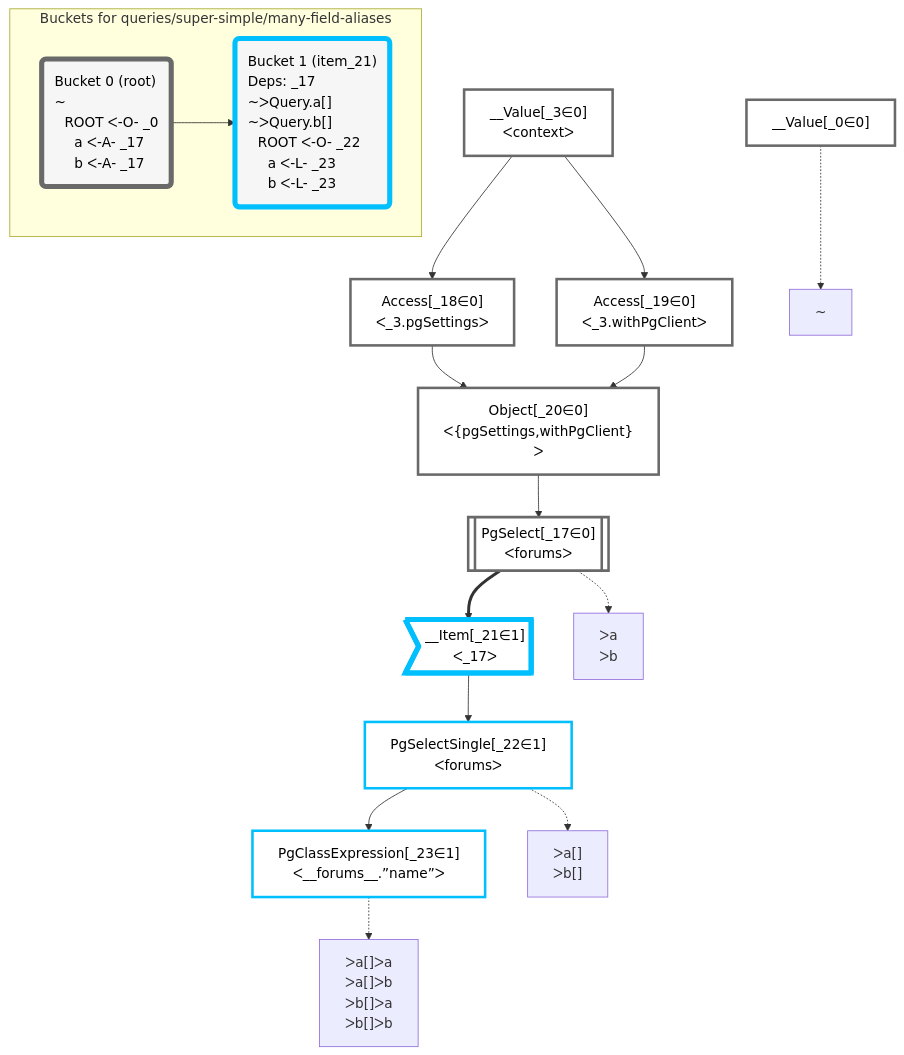
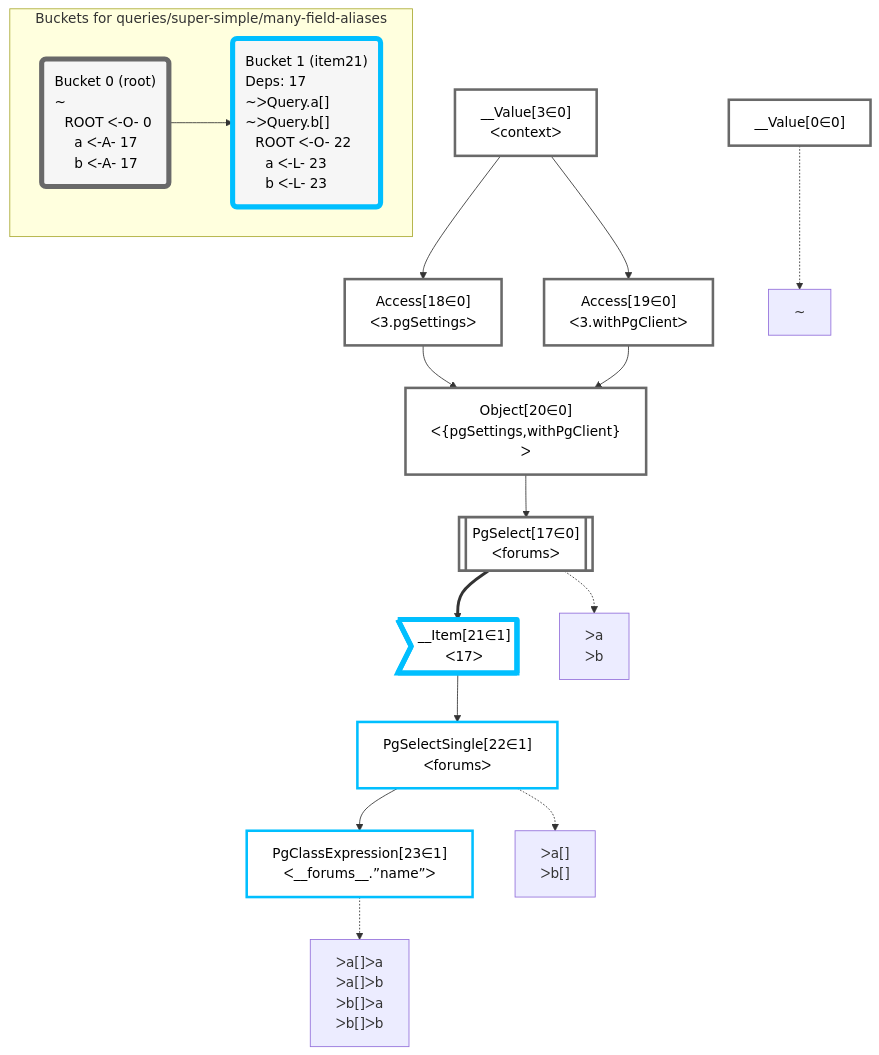
One commit to graphile/crystal changed the diagram in packages/dataplan-pg/__tests__/queries/super-simple/many-field-aliases.mermaid.md. Above: the diagram before and after it, drawn with Mermaid. The commit also changed 195 other files, not shown here.

````diff
--- a/packages/dataplan-pg/__tests__/queries/super-simple/many-field-aliases.mermaid.md
+++ b/packages/dataplan-pg/__tests__/queries/super-simple/many-field-aliases.mermaid.md
@@ -1,49 +1,49 @@
 ```mermaid
 graph TD
     classDef path fill:#eee,stroke:#000,color:#000
     classDef plan fill:#fff,stroke-width:3px,color:#000
     classDef itemplan fill:#fff,stroke-width:6px,color:#000
     classDef sideeffectplan fill:#f00,stroke-width:6px,color:#000
     classDef bucket fill:#f6f6f6,color:#000,stroke-width:6px,text-align:left
 
 
     %% define plans
-    __Value_0["__Value[_0∈0]"]:::plan
-    PgClassExpression_23["PgClassExpression[_23∈1]<br />ᐸ__forums__.”name”ᐳ"]:::plan
-    PgSelectSingle_22["PgSelectSingle[_22∈1]<br />ᐸforumsᐳ"]:::plan
-    __Item_21>"__Item[_21∈1]<br />ᐸ_17ᐳ"]:::itemplan
-    PgSelect_17[["PgSelect[_17∈0]<br />ᐸforumsᐳ"]]:::plan
-    Object_20["Object[_20∈0]<br />ᐸ{pgSettings,withPgClient}ᐳ"]:::plan
-    Access_18["Access[_18∈0]<br />ᐸ_3.pgSettingsᐳ"]:::plan
-    Access_19["Access[_19∈0]<br />ᐸ_3.withPgClientᐳ"]:::plan
-    __Value_3["__Value[_3∈0]<br />ᐸcontextᐳ"]:::plan
+    __Value0["__Value[0∈0]"]:::plan
+    PgClassExpression23["PgClassExpression[23∈1]<br />ᐸ__forums__.”name”ᐳ"]:::plan
+    PgSelectSingle22["PgSelectSingle[22∈1]<br />ᐸforumsᐳ"]:::plan
+    __Item21>"__Item[21∈1]<br />ᐸ17ᐳ"]:::itemplan
+    PgSelect17[["PgSelect[17∈0]<br />ᐸforumsᐳ"]]:::plan
+    Object20["Object[20∈0]<br />ᐸ{pgSettings,withPgClient}ᐳ"]:::plan
+    Access18["Access[18∈0]<br />ᐸ3.pgSettingsᐳ"]:::plan
+    Access19["Access[19∈0]<br />ᐸ3.withPgClientᐳ"]:::plan
+    __Value3["__Value[3∈0]<br />ᐸcontextᐳ"]:::plan
 
     %% plan dependencies
-    PgSelectSingle_22 --> PgClassExpression_23
-    __Item_21 --> PgSelectSingle_22
-    PgSelect_17 ==> __Item_21
-    Object_20 --> PgSelect_17
-    Access_18 & Access_19 --> Object_20
-    __Value_3 --> Access_18
-    __Value_3 --> Access_19
+    PgSelectSingle22 --> PgClassExpression23
+    __Item21 --> PgSelectSingle22
+    PgSelect17 ==> __Item21
+    Object20 --> PgSelect17
+    Access18 & Access19 --> Object20
+    __Value3 --> Access18
+    __Value3 --> Access19
 
     %% plan-to-path relationships
-    P_0["~"]
-    __Value_0 -.-> P_0
-    P_17["ᐳa<br />ᐳb"]
-    PgSelect_17 -.-> P_17
-    P_22["ᐳa[]<br />ᐳb[]"]
-    PgSelectSingle_22 -.-> P_22
-    P_23["ᐳa[]ᐳa<br />ᐳa[]ᐳb<br />ᐳb[]ᐳa<br />ᐳb[]ᐳb"]
-    PgClassExpression_23 -.-> P_23
+    P0["~"]
+    __Value0 -.-> P0
+    P17["ᐳa<br />ᐳb"]
+    PgSelect17 -.-> P17
+    P22["ᐳa[]<br />ᐳb[]"]
+    PgSelectSingle22 -.-> P22
+    P23["ᐳa[]ᐳa<br />ᐳa[]ᐳb<br />ᐳb[]ᐳa<br />ᐳb[]ᐳb"]
+    PgClassExpression23 -.-> P23
 
     subgraph "Buckets for queries/super-simple/many-field-aliases"
-    Bucket0("Bucket 0 (root)<br />~<br />⠀ROOT ᐸ-O- _0<br />⠀⠀a ᐸ-A- _17<br />⠀⠀b ᐸ-A- _17"):::bucket
+    Bucket0("Bucket 0 (root)<br />~<br />⠀ROOT ᐸ-O- 0<br />⠀⠀a ᐸ-A- 17<br />⠀⠀b ᐸ-A- 17"):::bucket
     classDef bucket0 stroke:#696969
-    class Bucket0,__Value_0,__Value_3,PgSelect_17,Access_18,Access_19,Object_20 bucket0
-    Bucket1("Bucket 1 (item_21)<br />Deps: _17<br />~ᐳQuery.a[]<br />~ᐳQuery.b[]<br />⠀ROOT ᐸ-O- _22<br />⠀⠀a ᐸ-L- _23<br />⠀⠀b ᐸ-L- _23"):::bucket
+    class Bucket0,__Value0,__Value3,PgSelect17,Access18,Access19,Object20 bucket0
+    Bucket1("Bucket 1 (item21)<br />Deps: 17<br />~ᐳQuery.a[]<br />~ᐳQuery.b[]<br />⠀ROOT ᐸ-O- 22<br />⠀⠀a ᐸ-L- 23<br />⠀⠀b ᐸ-L- 23"):::bucket
     classDef bucket1 stroke:#00bfff
-    class Bucket1,__Item_21,PgSelectSingle_22,PgClassExpression_23 bucket1
+    class Bucket1,__Item21,PgSelectSingle22,PgClassExpression23 bucket1
     Bucket0 --> Bucket1
     end
 ```
````
